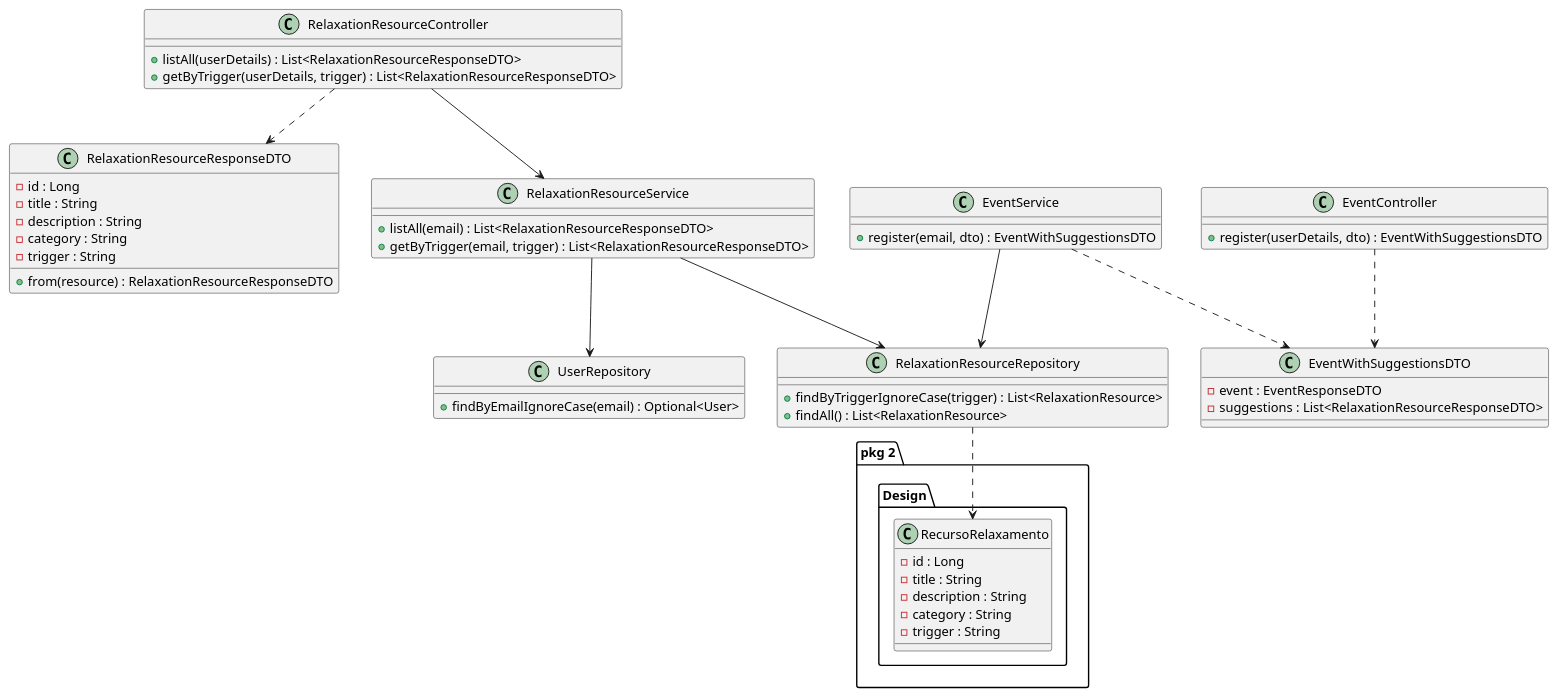
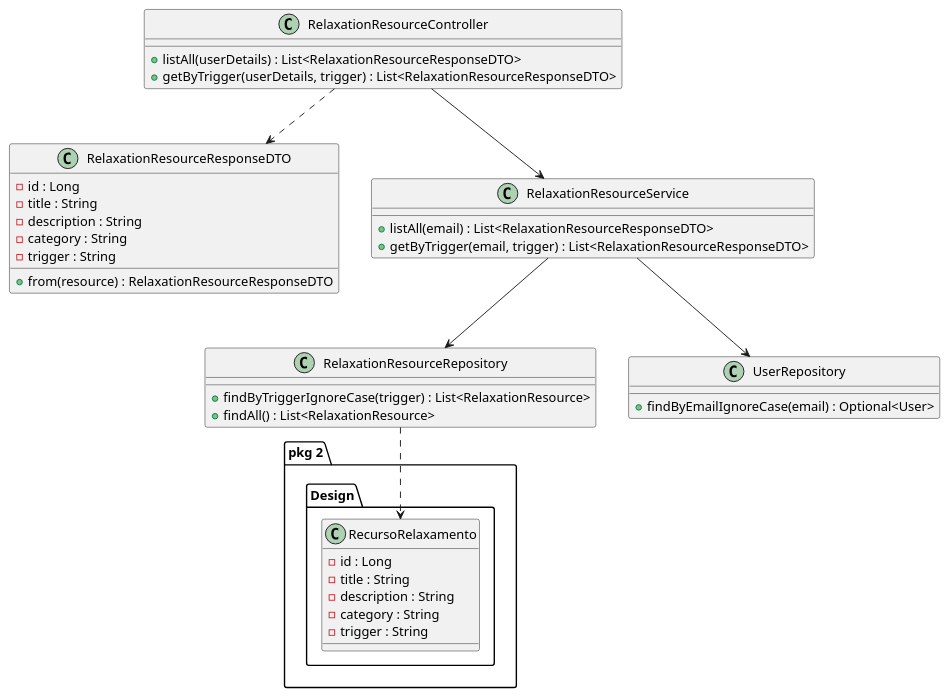
Before and after one commit to ErickHTF/0FUMO-Codebase: the diagram in diagrams/SugerirRecursosCD.plantuml, drawn with PlantUML. The commit also changed 7 other files, not shown here.

First line of the commit message:
fix: revert POST /api/events to original EventResponseDTO response

```diff
--- a/diagrams/SugerirRecursosCD.plantuml
+++ b/diagrams/SugerirRecursosCD.plantuml
@@ -1,65 +1,49 @@
 @startuml
 
 package "pkg 2.Design" {
 
   class RecursoRelaxamento {
     - id : Long
     - title : String
     - description : String
     - category : String
     - trigger : String
   }
 
 }
 
 class RelaxationResourceResponseDTO {
   - id : Long
   - title : String
   - description : String
   - category : String
   - trigger : String
   + from(resource) : RelaxationResourceResponseDTO
 }
 
-class EventWithSuggestionsDTO {
-  - event : EventResponseDTO
-  - suggestions : List<RelaxationResourceResponseDTO>
-}
-
 class RelaxationResourceController {
   + listAll(userDetails) : List<RelaxationResourceResponseDTO>
   + getByTrigger(userDetails, trigger) : List<RelaxationResourceResponseDTO>
 }
 
 class RelaxationResourceService {
   + listAll(email) : List<RelaxationResourceResponseDTO>
   + getByTrigger(email, trigger) : List<RelaxationResourceResponseDTO>
 }
 
 class RelaxationResourceRepository {
   + findByTriggerIgnoreCase(trigger) : List<RelaxationResource>
   + findAll() : List<RelaxationResource>
 }
 
-class EventService {
-  + register(email, dto) : EventWithSuggestionsDTO
-}
-
-class EventController {
-  + register(userDetails, dto) : EventWithSuggestionsDTO
-}
-
 RelaxationResourceController --> RelaxationResourceService
 RelaxationResourceController ..> RelaxationResourceResponseDTO
 RelaxationResourceService --> RelaxationResourceRepository
 RelaxationResourceService --> UserRepository
 RelaxationResourceRepository ..> RecursoRelaxamento
-EventService --> RelaxationResourceRepository
-EventController ..> EventWithSuggestionsDTO
-EventService ..> EventWithSuggestionsDTO
 
 class UserRepository {
   + findByEmailIgnoreCase(email) : Optional<User>
 }
 
 @enduml
```
